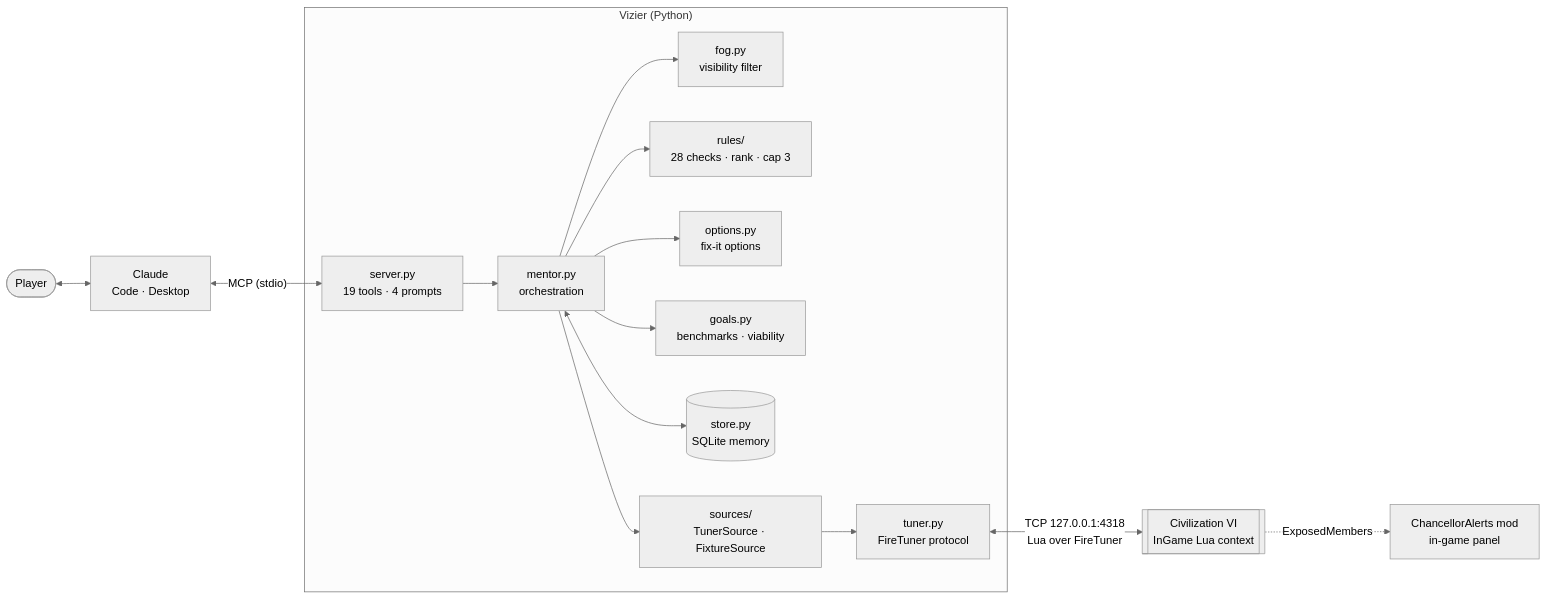
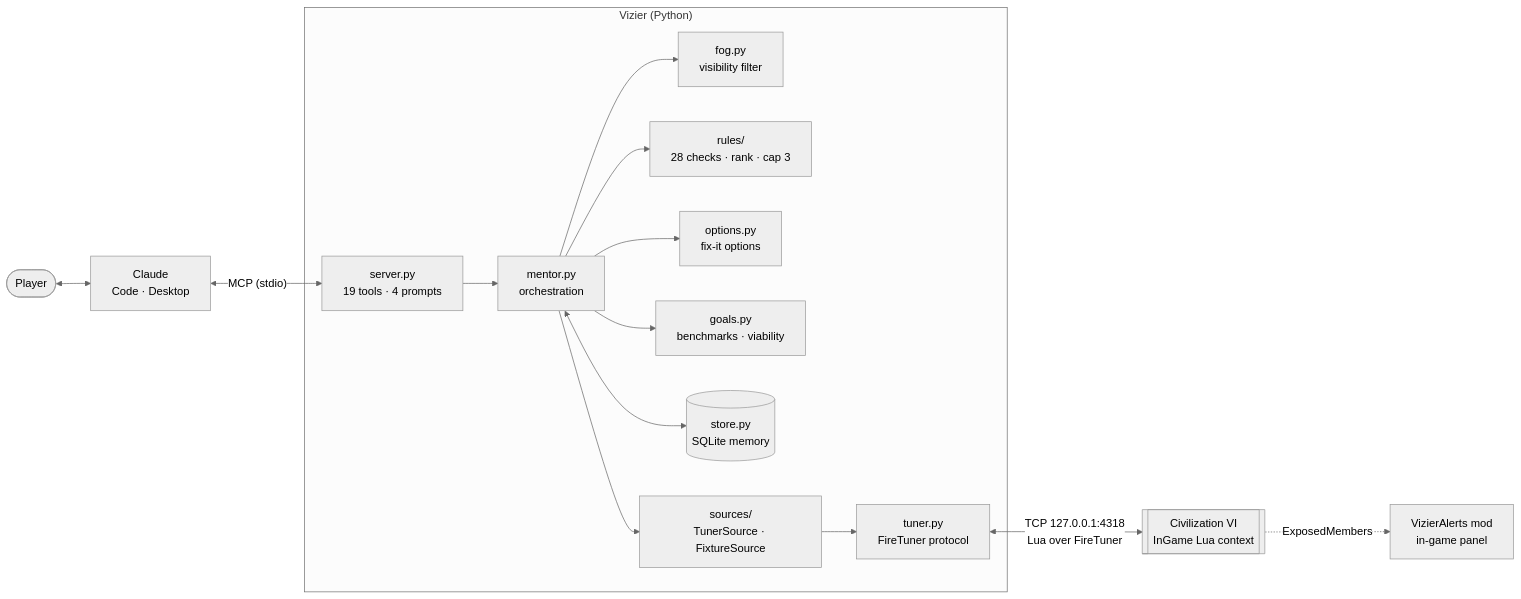
One commit to lukasd181/vizier changed the first of 2 diagrams in README.md. Above: the diagram before and after it, drawn with Mermaid (neutral theme). The commit also changed other lines of this file and 84 other files, not shown here.

````diff
--- a/README.md
+++ b/README.md
@@ -142,19 +145,19 @@
 ```mermaid
 flowchart LR
     P([Player]) <--> C[Claude<br/>Code · Desktop]
     C <-- "MCP (stdio)" --> S
 
     subgraph V["Vizier (Python)"]
         S[server.py<br/>19 tools · 4 prompts] --> M[mentor.py<br/>orchestration]
         M --> F[fog.py<br/>visibility filter]
         M --> R[rules/<br/>28 checks · rank · cap 3]
         M --> O[options.py<br/>fix-it options]
         M --> G[goals.py<br/>benchmarks · viability]
         M <--> D[(store.py<br/>SQLite memory)]
         M --> SRC[sources/<br/>TunerSource · FixtureSource]
         SRC --> T[tuner.py<br/>FireTuner protocol]
     end
 
     T <-- "TCP 127.0.0.1:4318<br/>Lua over FireTuner" --> CIV[[Civilization VI<br/>InGame Lua context]]
-    CIV -. "ExposedMembers" .-> MOD[ChancellorAlerts mod<br/>in-game panel]
+    CIV -. "ExposedMembers" .-> MOD[VizierAlerts mod<br/>in-game panel]
 ```
````
